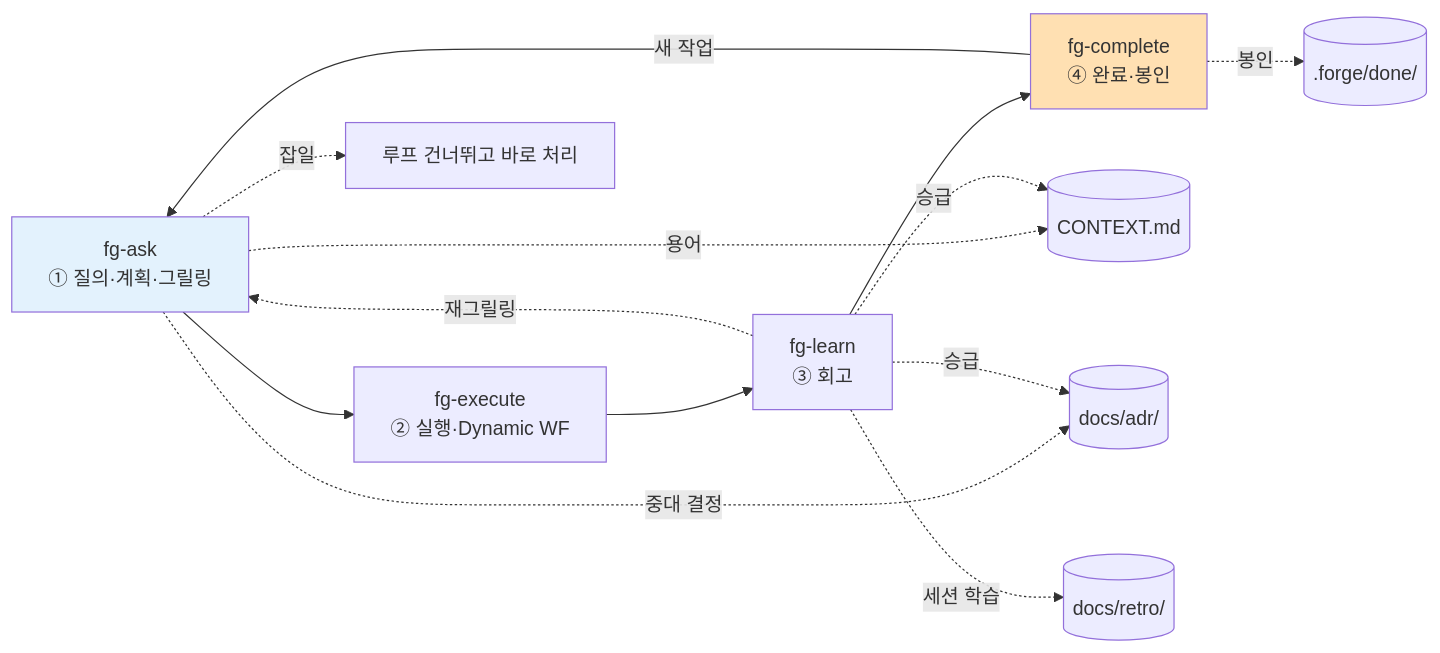
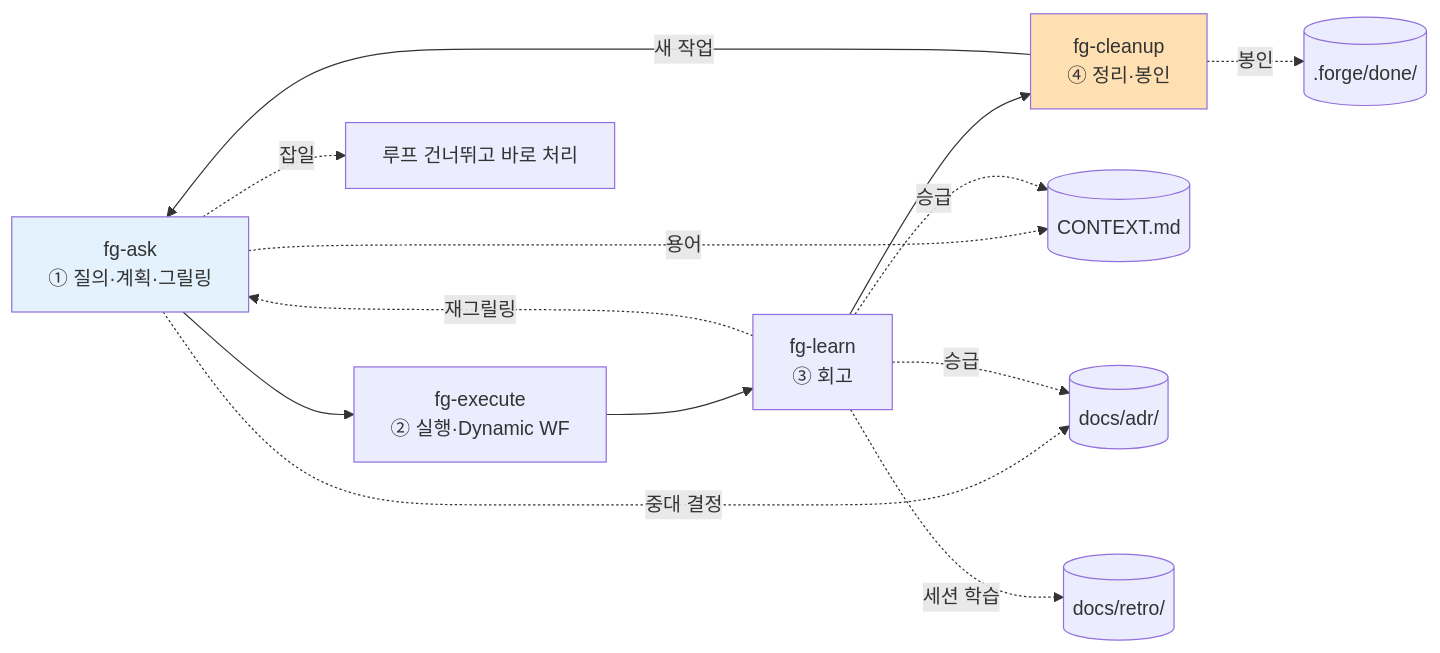
The diagram in README.ko.md (gyuha/forge), drawn with Mermaid before and after one commit. The commit also changed other lines of this file and 10 other files, not shown here.

````diff
--- a/README.ko.md
+++ b/README.ko.md
@@ -25,17 +31,17 @@
 ```mermaid
 flowchart LR
     A[fg-ask<br/>① 질의·계획·그릴링] --> E[fg-execute<br/>② 실행·Dynamic WF]
     E --> L[fg-learn<br/>③ 회고]
-    L --> C[fg-complete<br/>④ 완료·봉인]
+    L --> C[fg-cleanup<br/>④ 정리·봉인]
     L -.재그릴링.-> A
     C -->|새 작업| A
     A -.잡일.-> X[루프 건너뛰고 바로 처리]
     A -.용어.-> CTX[(CONTEXT.md)]
     A -.중대 결정.-> ADR[(docs/adr/)]
     L -.승급.-> CTX
     L -.승급.-> ADR
     L -.세션 학습.-> RETRO[(docs/retro/)]
     C -.봉인.-> DONE[(.forge/done/)]
     style A fill:#e3f2fd
     style C fill:#ffe0b2
 ```
````
